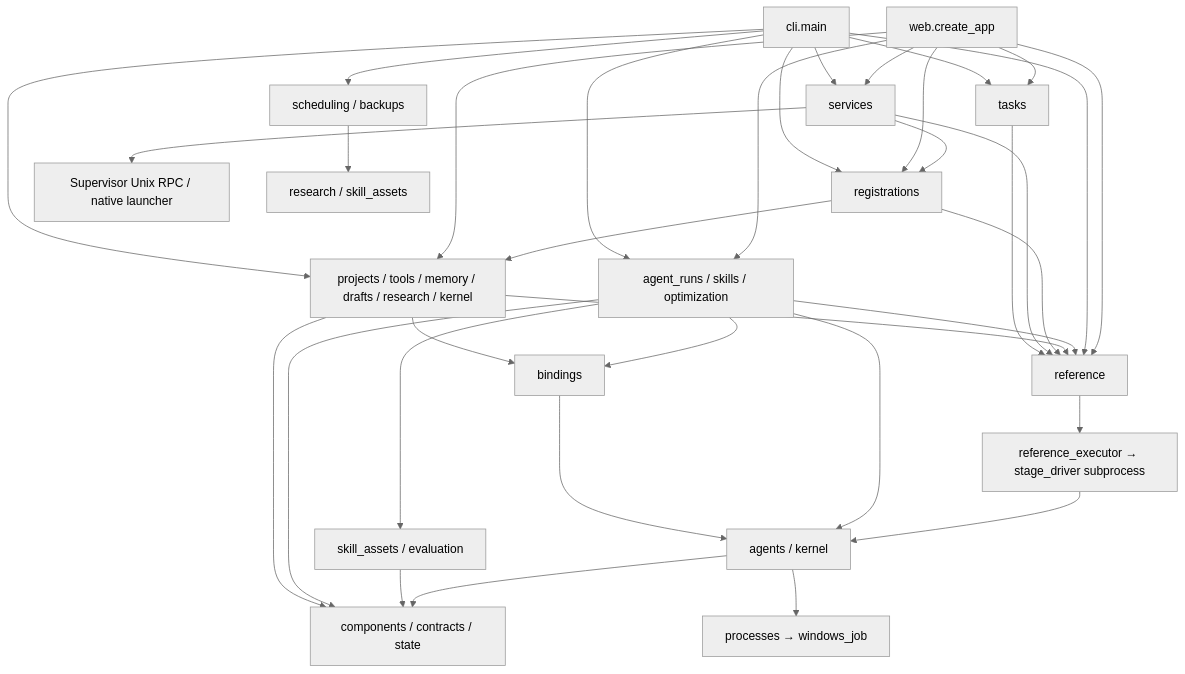
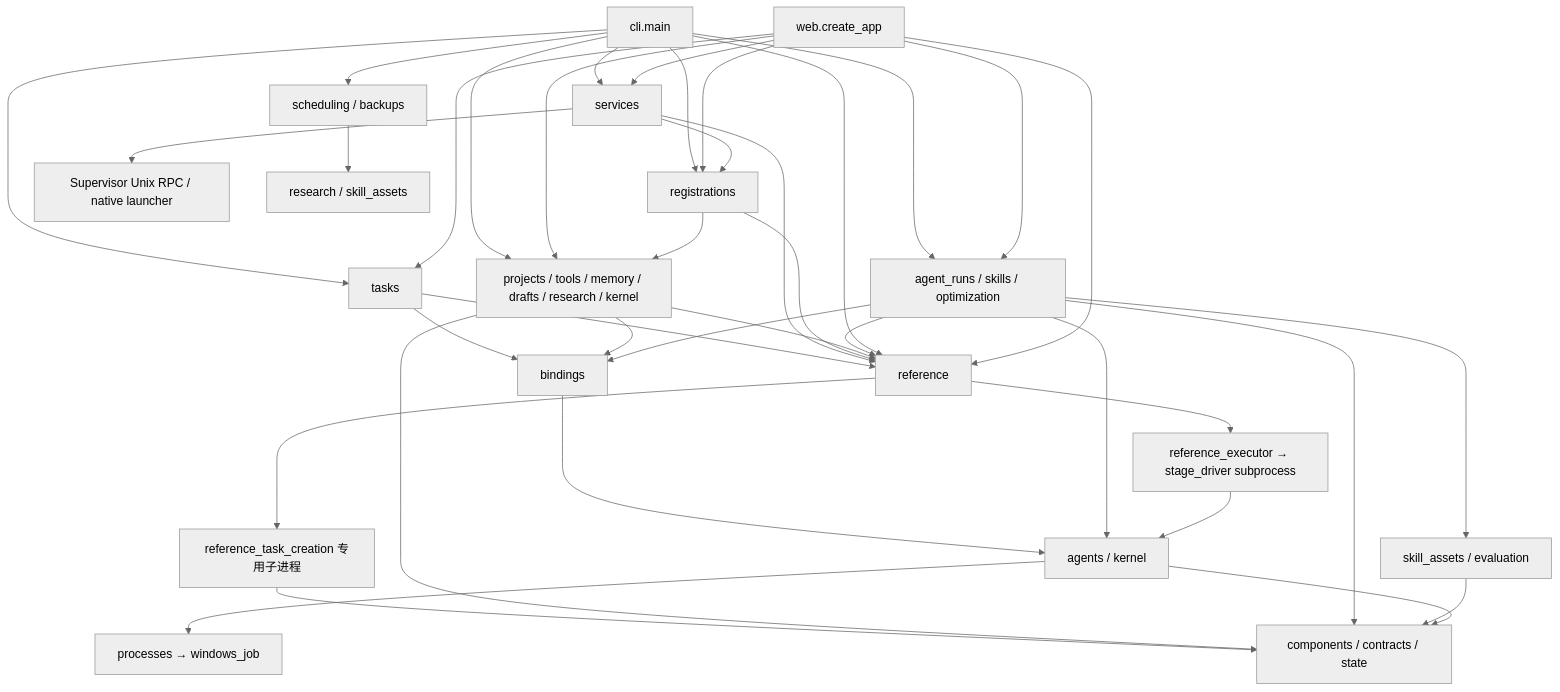
The first of 4 diagrams in docs/architecture/current.md (626619403/Ergora), drawn with Mermaid (neutral theme) before and after one commit. The commit also changed other lines of this file and 19 other files, not shown here.

Commit message:
feat: preview and recover immutable formal task creation

````diff
--- a/docs/architecture/current.md
+++ b/docs/architecture/current.md
@@ -9,37 +9,40 @@
 ```mermaid
 flowchart TB
   CLI[cli.main] --> Query[projects / tools / memory / drafts / research / kernel]
   Web[web.create_app] --> Query
   CLI --> Registration[registrations]
   Web --> Registration
   Registration --> Query
   CLI --> Services[services]
   Web --> Services
   CLI --> Tasks[tasks]
   Web --> Tasks
+  Tasks --> Bindings
   Tasks --> Ref
   Services --> Registration
   Services --> Ref
   Services --> Supervisor[Supervisor Unix RPC / native launcher]
   Registration --> Ref
   CLI --> Uses[agent_runs / skills / optimization]
   Web --> Uses
   Uses --> Assets[skill_assets / evaluation]
   Query --> Bindings[bindings]
   Uses --> Bindings
   Bindings --> Native[agents / kernel]
   Uses --> Native
   Native --> Processes[processes → windows_job]
   CLI --> Optional[scheduling / backups]
   Optional --> Research[research / skill_assets]
   Query --> Ref[reference]
   Uses --> Ref
   CLI --> Ref
   Web --> Ref
+  Ref --> Creation[reference_task_creation 专用子进程]
+  Creation --> Foundations
   Ref --> Bridge[reference_executor → stage_driver subprocess]
   Bridge --> Native
   Query --> Foundations[components / contracts / state]
   Uses --> Foundations
   Assets --> Foundations
   Native --> Foundations
 ```
````
